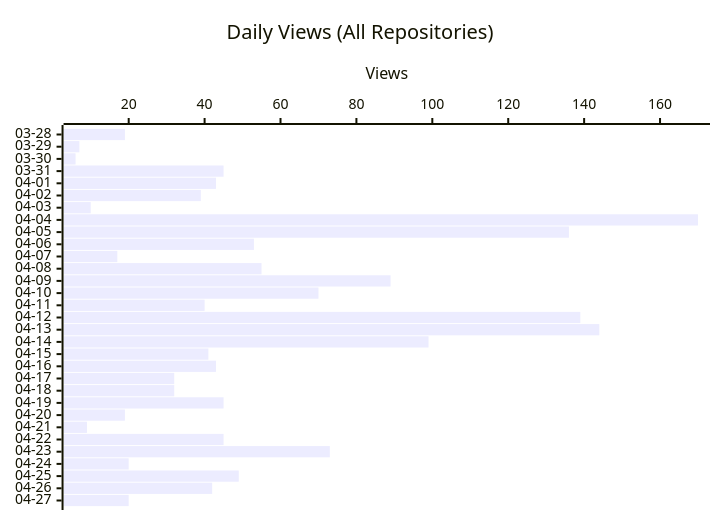
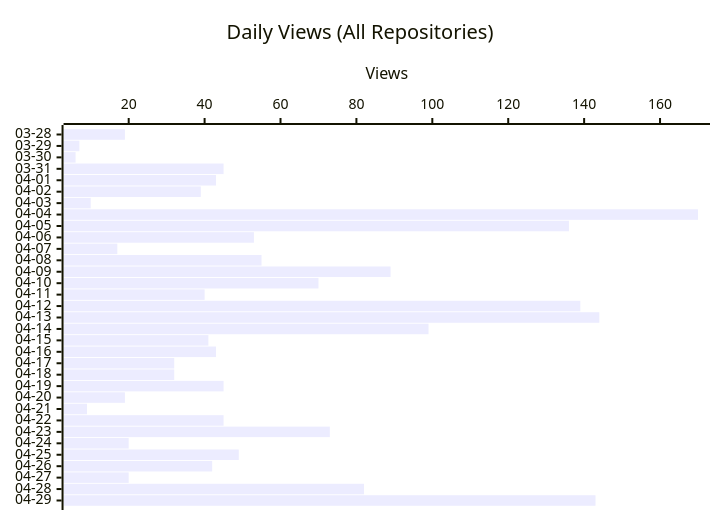
The second of 3 diagrams in README.md (shigechika/github-insights), drawn with Mermaid before and after one commit. The commit also changed other lines of this file and 2 other files, not shown here.

````diff
--- a/README.md
+++ b/README.md
@@ -26,7 +26,7 @@
 ```mermaid
 xychart-beta horizontal
     title "Daily Views (All Repositories)"
-    x-axis ["03-28", "03-29", "03-30", "03-31", "04-01", "04-02", "04-03", "04-04", "04-05", "04-06", "04-07", "04-08", "04-09", "04-10", "04-11", "04-12", "04-13", "04-14", "04-15", "04-16", "04-17", "04-18", "04-19", "04-20", "04-21", "04-22", "04-23", "04-24", "04-25", "04-26", "04-27"]
+    x-axis ["03-28", "03-29", "03-30", "03-31", "04-01", "04-02", "04-03", "04-04", "04-05", "04-06", "04-07", "04-08", "04-09", "04-10", "04-11", "04-12", "04-13", "04-14", "04-15", "04-16", "04-17", "04-18", "04-19", "04-20", "04-21", "04-22", "04-23", "04-24", "04-25", "04-26", "04-27", "04-28", "04-29"]
     y-axis "Views"
-    bar [19, 7, 6, 45, 43, 39, 10, 170, 136, 53, 17, 55, 89, 70, 40, 139, 144, 99, 41, 43, 32, 32, 45, 19, 9, 45, 73, 20, 49, 42, 20]
+    bar [19, 7, 6, 45, 43, 39, 10, 170, 136, 53, 17, 55, 89, 70, 40, 139, 144, 99, 41, 43, 32, 32, 45, 19, 9, 45, 73, 20, 49, 42, 20, 82, 143]
 ```
````
